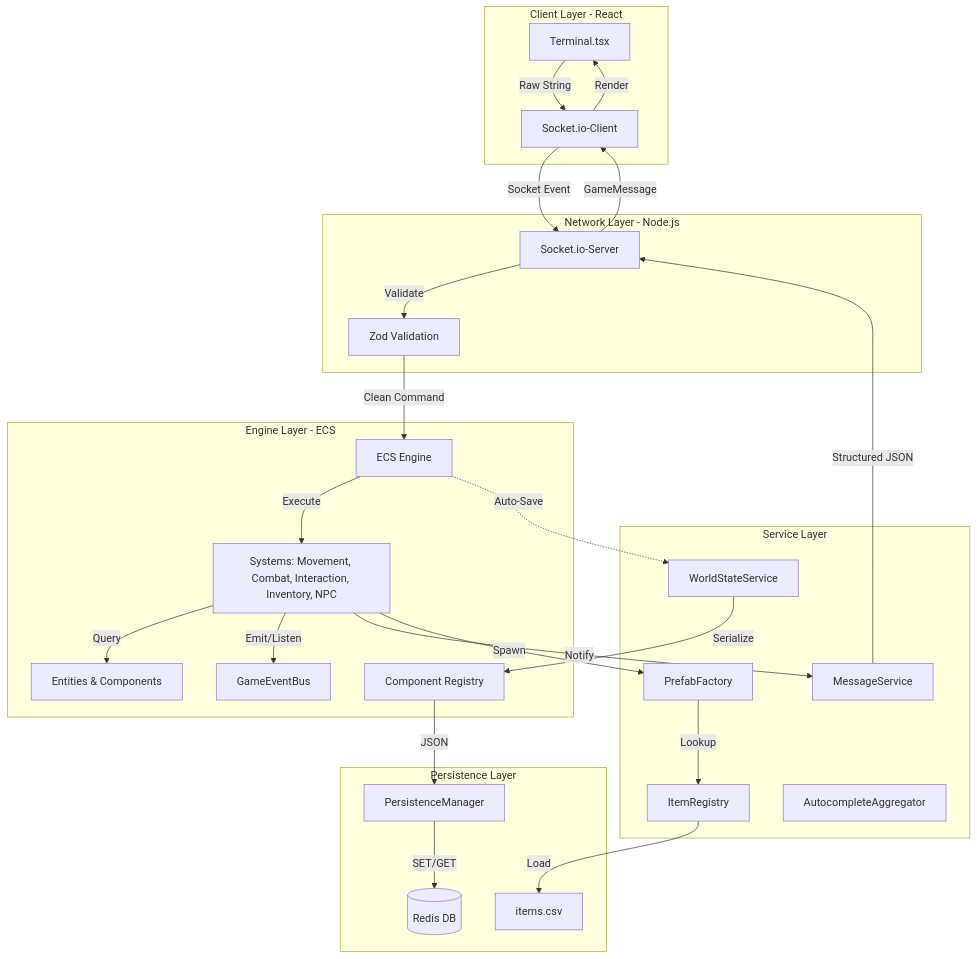
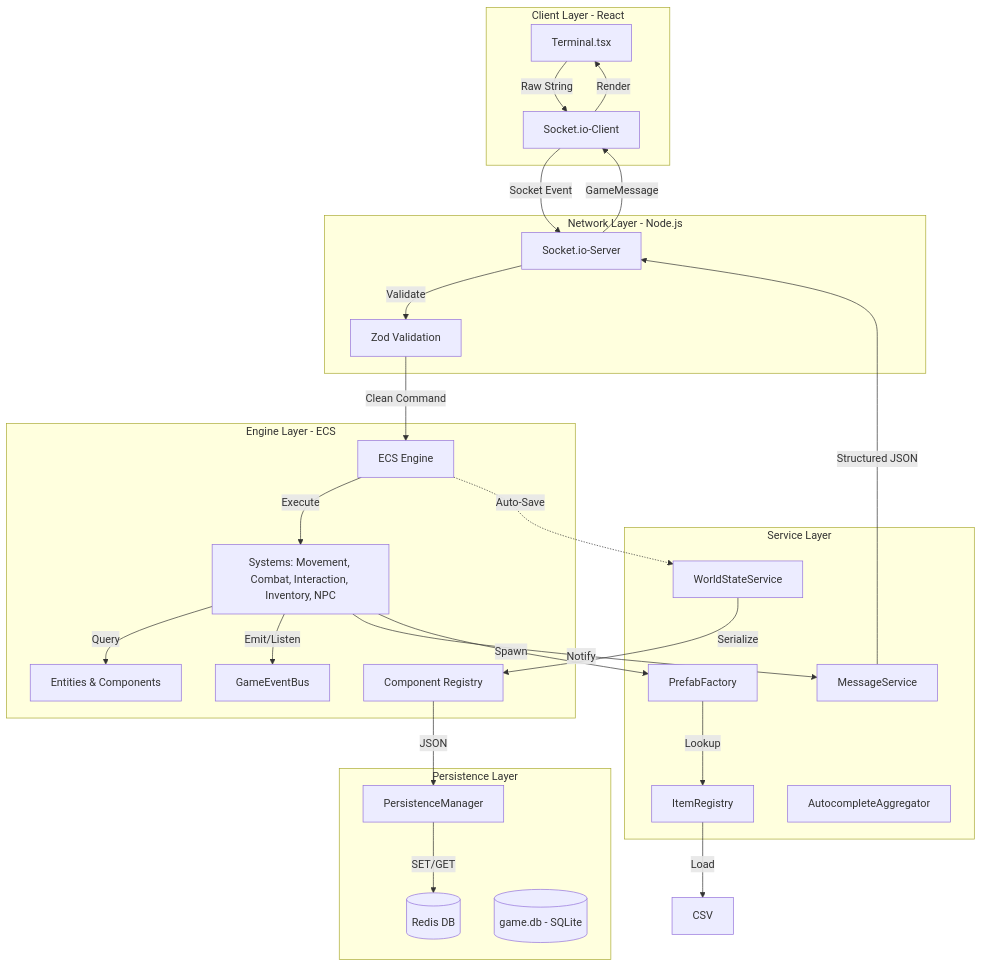
One commit to phobosd/Zenith-9 changed the first of 2 diagrams in AGENTS.md. Above: the diagram before and after it, drawn with Mermaid. The commit also changed other lines of this file and 21 other files, not shown here.

Commit message:
Migrate items to SQLite, fix terminal scrollbar, and update docs

````diff
--- a/AGENTS.md
+++ b/AGENTS.md
@@ -58,62 +58,62 @@
 ```mermaid
 graph TD
     subgraph Client_Layer [Client Layer - React]
         Terminal[Terminal.tsx]
         SocketClient[Socket.io-Client]
     end
 
     subgraph Network_Layer [Network Layer - Node.js]
         SocketServer[Socket.io-Server]
         Zod[Zod Validation]
     end
 
     subgraph Engine_Layer [Engine Layer - ECS]
         Engine[ECS Engine]
         Systems[Systems: Movement, Combat, Interaction, Inventory, NPC]
         Entities[Entities & Components]
         Registry[Component Registry]
         EventBus[GameEventBus]
     end
 
     subgraph Service_Layer [Service Layer]
         MessageService[MessageService]
         WorldState[WorldStateService]
         PrefabFactory[PrefabFactory]
         ItemRegistry[ItemRegistry]
         Autocomplete[AutocompleteAggregator]
     end
 
     subgraph Persistence_Layer [Persistence Layer]
         PersistenceManager[PersistenceManager]
         Redis[(Redis DB)]
-        CSV[items.csv]
+        SQLite[(game.db - SQLite)]
     end
 
     %% Command Flow
     Terminal -->|Raw String| SocketClient
     SocketClient -->|Socket Event| SocketServer
     SocketServer -->|Validate| Zod
     Zod -->|Clean Command| Engine
     Engine -->|Execute| Systems
 
     %% System Logic
     Systems -->|Query| Entities
     Systems -->|Emit/Listen| EventBus
     Systems -->|Notify| MessageService
     Systems -->|Spawn| PrefabFactory
     
     %% Data Flow
     PrefabFactory -->|Lookup| ItemRegistry
     ItemRegistry -->|Load| CSV
     
     %% Persistence Flow
     Engine -.->|Auto-Save| WorldState
     WorldState -->|Serialize| Registry
     Registry -->|JSON| PersistenceManager
     PersistenceManager -->|SET/GET| Redis
 
     %% Feedback Flow
     MessageService -->|Structured JSON| SocketServer
     SocketServer -->|GameMessage| SocketClient
     SocketClient -->|Render| Terminal
 ```
````
